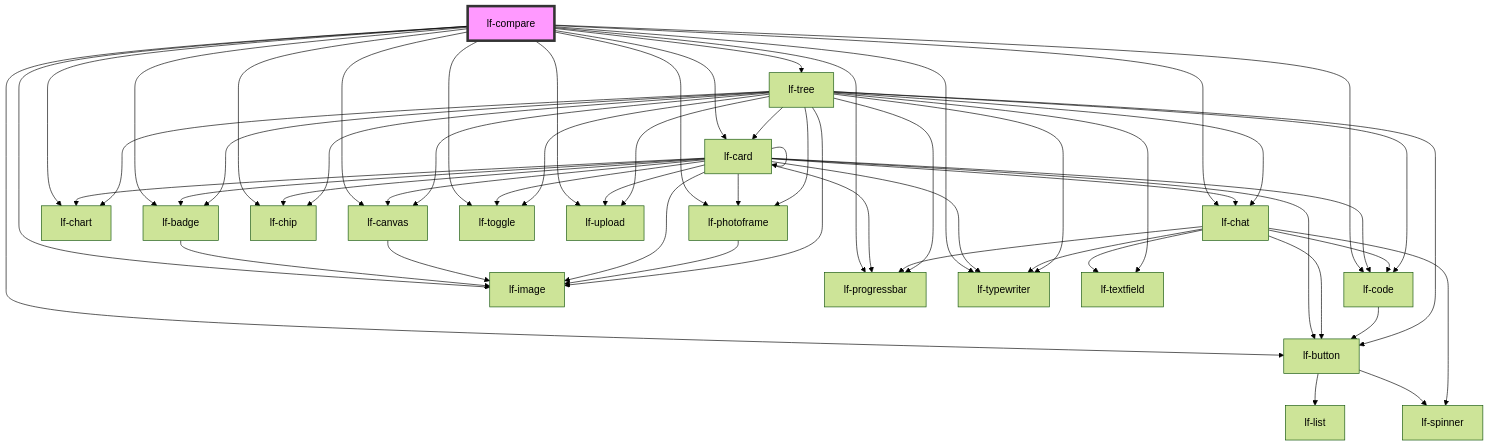
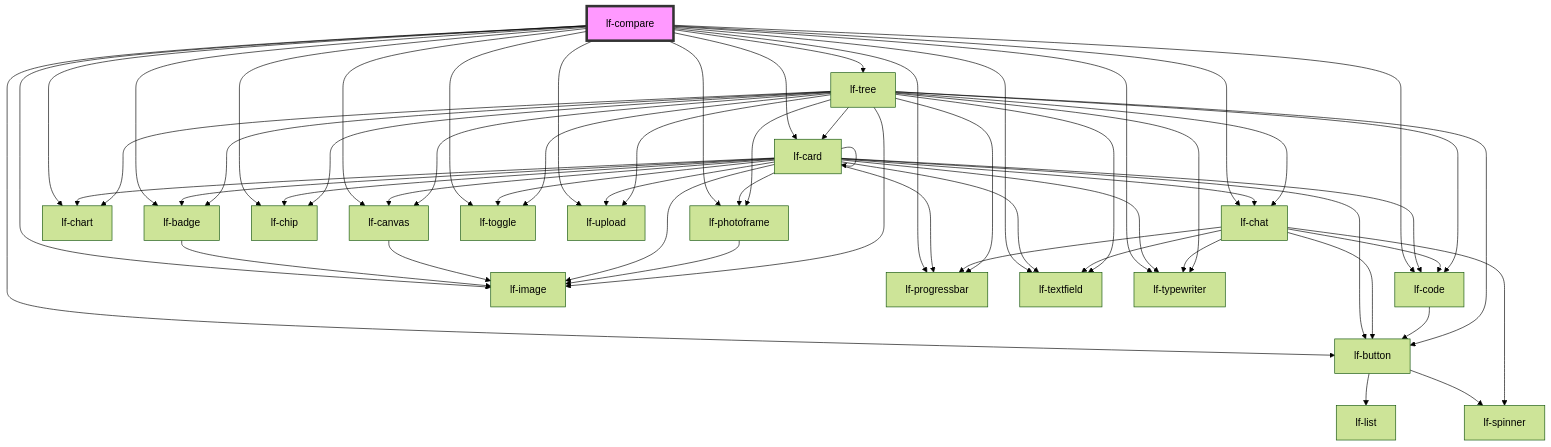
Before and after one commit to lucafoscili/lf-widgets: the diagram in packages/core/src/components/lf-compare/readme.md, drawn with Mermaid (forest theme). The commit also changed other lines of this file and 9 other files, not shown here.

````diff
--- a/packages/core/src/components/lf-compare/readme.md
+++ b/packages/core/src/components/lf-compare/readme.md
@@ -121,60 +122,62 @@
 ```mermaid
 graph TD;
   lf-compare --> lf-badge
   lf-compare --> lf-button
   lf-compare --> lf-canvas
   lf-compare --> lf-card
   lf-compare --> lf-chart
   lf-compare --> lf-chat
   lf-compare --> lf-chip
   lf-compare --> lf-code
   lf-compare --> lf-image
   lf-compare --> lf-photoframe
   lf-compare --> lf-progressbar
+  lf-compare --> lf-textfield
   lf-compare --> lf-toggle
   lf-compare --> lf-typewriter
   lf-compare --> lf-upload
   lf-compare --> lf-tree
   lf-badge --> lf-image
   lf-button --> lf-list
   lf-button --> lf-spinner
   lf-canvas --> lf-image
   lf-card --> lf-badge
   lf-card --> lf-button
   lf-card --> lf-canvas
   lf-card --> lf-card
   lf-card --> lf-chart
   lf-card --> lf-chat
   lf-card --> lf-chip
   lf-card --> lf-code
   lf-card --> lf-image
   lf-card --> lf-photoframe
   lf-card --> lf-progressbar
+  lf-card --> lf-textfield
   lf-card --> lf-toggle
   lf-card --> lf-typewriter
   lf-card --> lf-upload
   lf-chat --> lf-spinner
   lf-chat --> lf-button
   lf-chat --> lf-typewriter
   lf-chat --> lf-progressbar
   lf-chat --> lf-textfield
   lf-chat --> lf-code
   lf-code --> lf-button
   lf-photoframe --> lf-image
   lf-tree --> lf-textfield
   lf-tree --> lf-badge
   lf-tree --> lf-button
   lf-tree --> lf-canvas
   lf-tree --> lf-card
   lf-tree --> lf-chart
   lf-tree --> lf-chat
   lf-tree --> lf-chip
   lf-tree --> lf-code
   lf-tree --> lf-image
   lf-tree --> lf-photoframe
   lf-tree --> lf-progressbar
   lf-tree --> lf-toggle
   lf-tree --> lf-typewriter
   lf-tree --> lf-upload
   style lf-compare fill:#f9f,stroke:#333,stroke-width:4px
 ```
````
